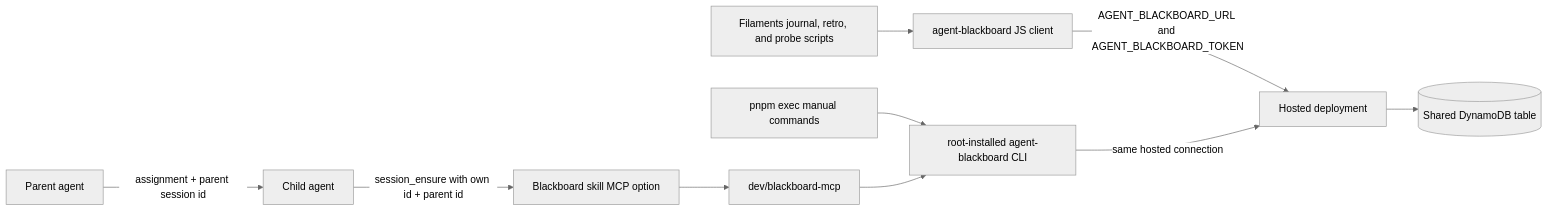
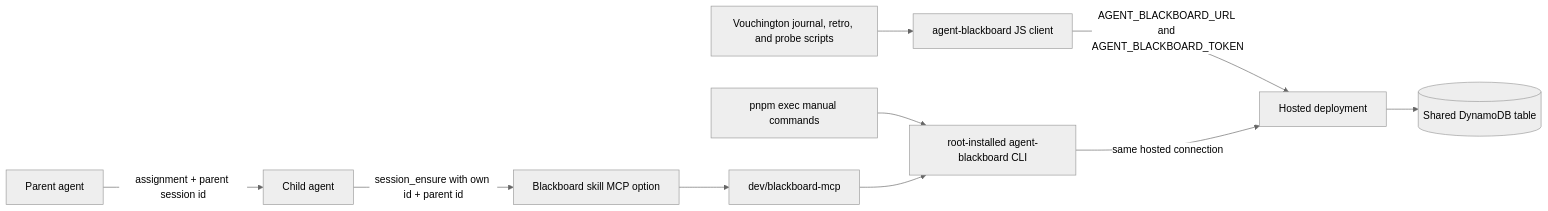
Before and after one commit to vouchington/vouchington: the diagram in docs/development/agent-blackboard.md, drawn with Mermaid (neutral theme). The commit also changed other lines of this file and 47 other files, not shown here.

Commit message:
docs: rename Filaments prose to Vouchington

````diff
--- a/docs/development/agent-blackboard.md
+++ b/docs/development/agent-blackboard.md
@@ -26,12 +26,12 @@
 ```mermaid
 flowchart LR
   parent[Parent agent] -->|assignment + parent session id| child[Child agent]
   child -->|session_ensure with own id + parent id| journalMcp
-  scripts[Filaments journal, retro, and probe scripts] --> js[agent-blackboard JS client]
+  scripts[Vouchington journal, retro, and probe scripts] --> js[agent-blackboard JS client]
   journalMcp[Blackboard skill MCP option] --> mcp[dev/blackboard-mcp]
   manual[pnpm exec manual commands] --> cli[root-installed agent-blackboard CLI]
   mcp --> cli
   js -->|AGENT_BLACKBOARD_URL and AGENT_BLACKBOARD_TOKEN| lambda[Hosted deployment]
   cli -->|same hosted connection| lambda
   lambda --> table[(Shared DynamoDB table)]
 ```
````
